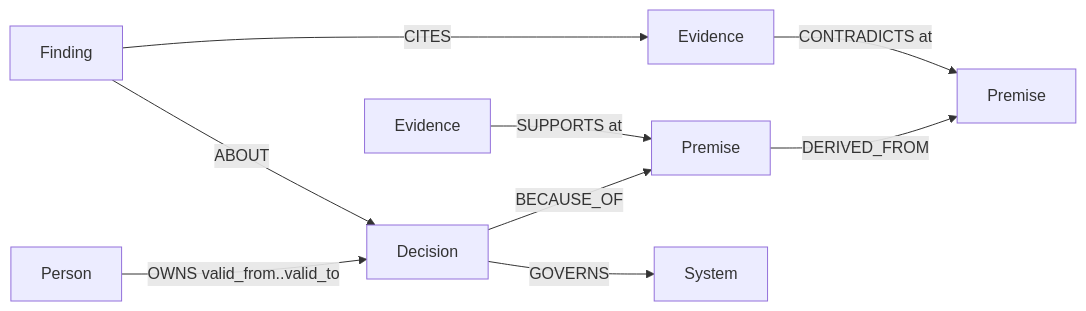
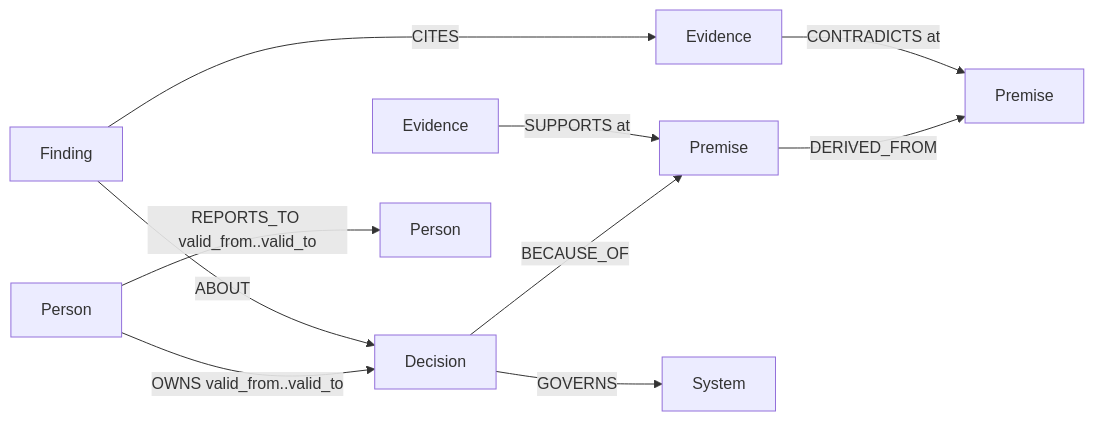
Before and after one commit to danielAsaboro/moot: the diagram in README.md, drawn with Mermaid. The commit also changed other lines of this file and 25 other files, not shown here.

````diff
--- a/README.md
+++ b/README.md
@@ -95,11 +100,12 @@
 ```mermaid
 graph LR
   D[Decision] -->|BECAUSE_OF| P[Premise]
   P -->|DERIVED_FROM| P2[Premise]
   E[Evidence] -->|CONTRADICTS at| P2
   E2[Evidence] -->|SUPPORTS at| P
   Per[Person] -->|OWNS valid_from..valid_to| D
+  Per -->|REPORTS_TO valid_from..valid_to| M[Person]
   D -->|GOVERNS| S[System]
   F[Finding] -->|ABOUT| D
   F -->|CITES| E
 ```
````
